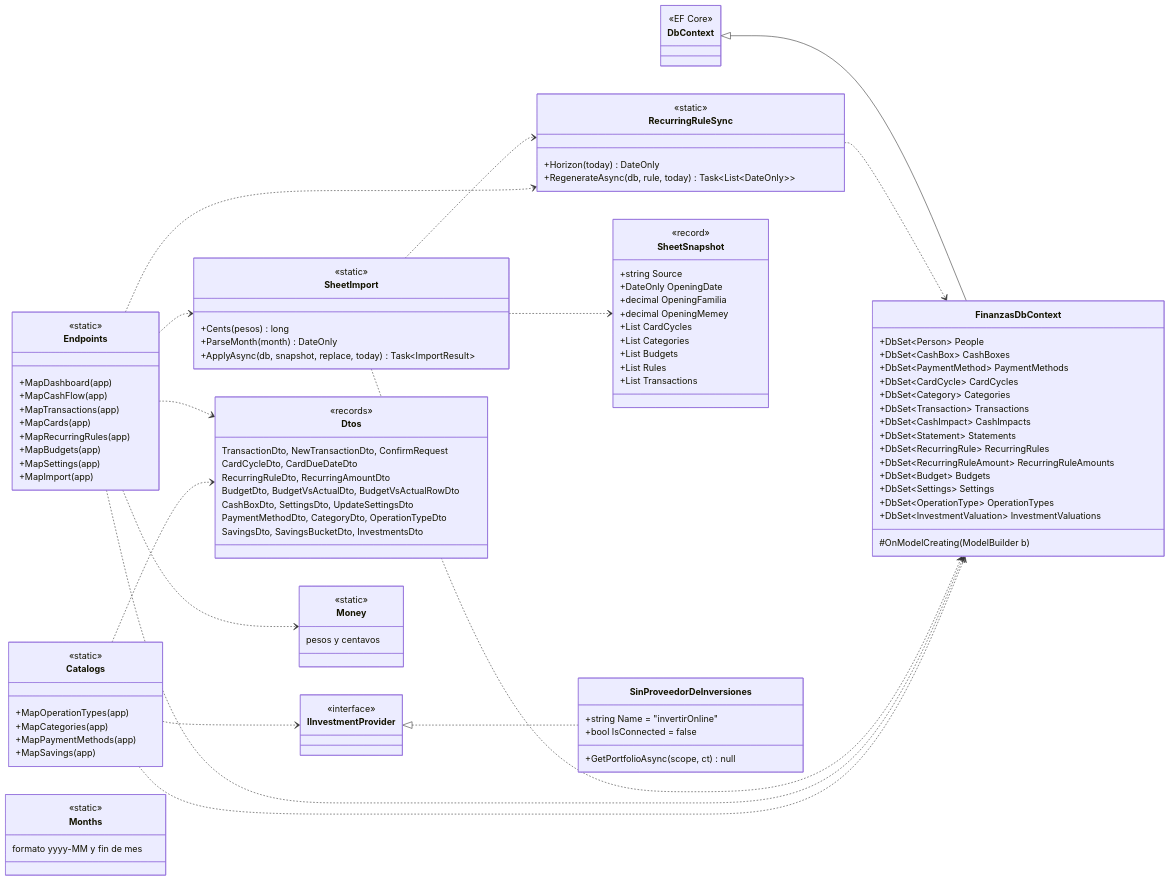
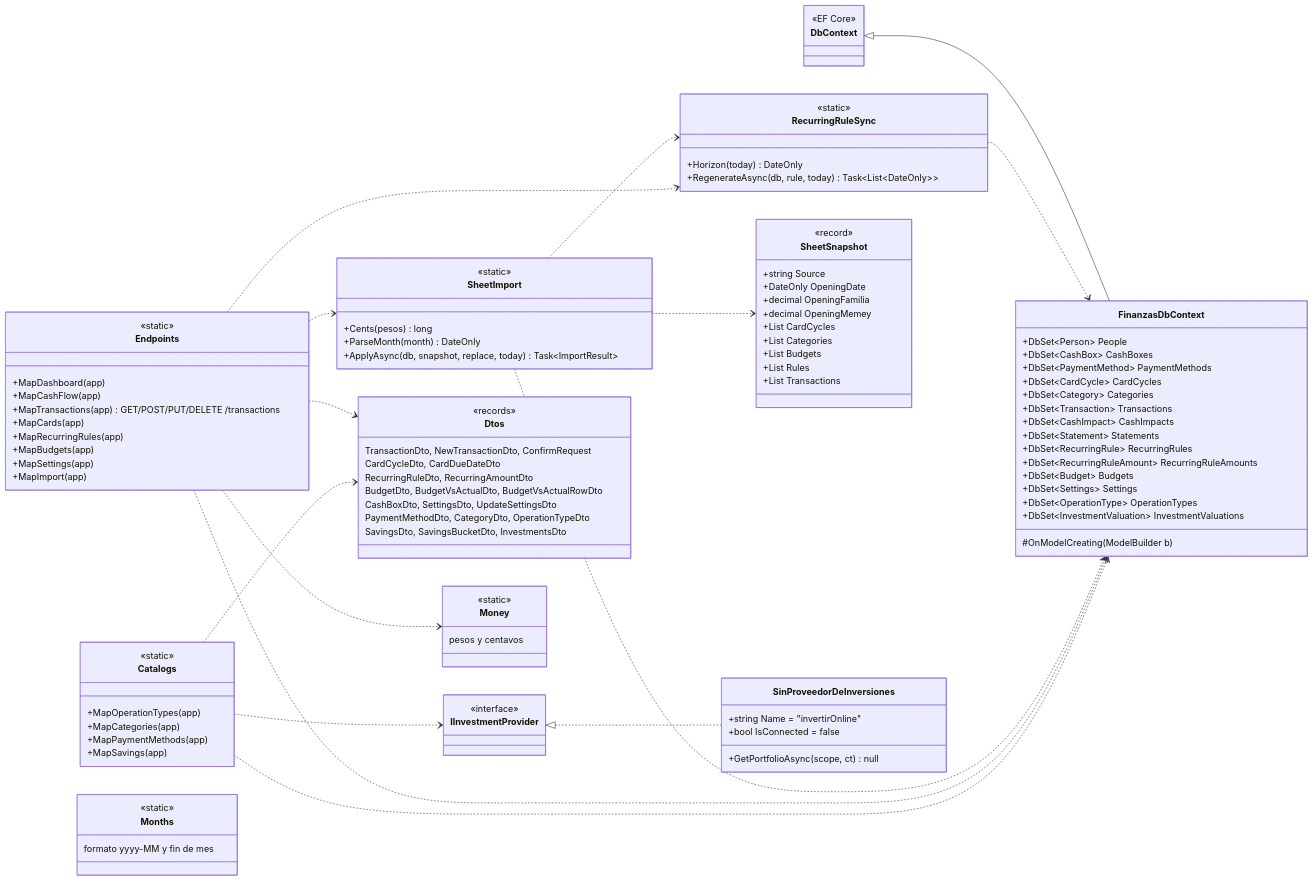
Before and after one commit to pmarcore/mis_finanzas_app: the fourth of 4 diagrams in docs/clases-backend.md, drawn with Mermaid. The commit also changed 10 other files, not shown here.

```diff
--- a/docs/clases-backend.md
+++ b/docs/clases-backend.md
@@ -390,7 +390,7 @@
         <<static>>
         +MapDashboard(app)
         +MapCashFlow(app)
-        +MapTransactions(app)
+        +MapTransactions(app) GET/POST/PUT/DELETE /transactions
         +MapCards(app)
         +MapRecurringRules(app)
         +MapBudgets(app)
```
